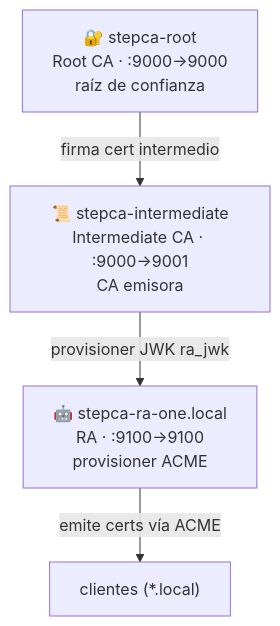
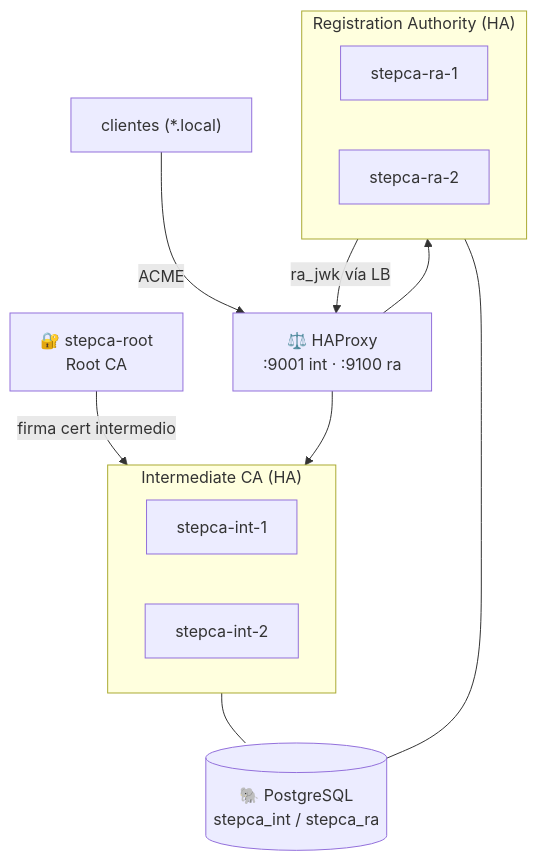
One commit to iriartmaxim/stepca-docker changed the diagram in README.md. Above: the diagram before and after it, drawn with Mermaid. The commit also changed other lines of this file and 14 other files, not shown here.

````diff
--- a/README.md
+++ b/README.md
@@ -6,9 +8,19 @@
 ```mermaid
 flowchart TD
-    R["🔐 stepca-root<br/>Root CA · :9000→9000<br/>raíz de confianza"]
-    I["📜 stepca-intermediate<br/>Intermediate CA · :9000→9001<br/>CA emisora"]
-    A["🤖 stepca-ra-one.local<br/>RA · :9100→9100<br/>provisioner ACME"]
-    R -- "firma cert intermedio" --> I
-    I -- "provisioner JWK ra_jwk" --> A
-    A -- "emite certs vía ACME" --> C["clientes (*.local)"]
+    R["🔐 stepca-root<br/>Root CA"]
+    subgraph INT["Intermediate CA (HA)"]
+      I1["stepca-int-1"]; I2["stepca-int-2"]
+    end
+    subgraph RAS["Registration Authority (HA)"]
+      A1["stepca-ra-1"]; A2["stepca-ra-2"]
+    end
+    LB["⚖️ HAProxy<br/>:9001 int · :9100 ra"]
+    PG[("🐘 PostgreSQL<br/>stepca_int / stepca_ra")]
+    R -- "firma cert intermedio" --> INT
+    LB --> INT
+    LB --> RAS
+    RAS -- "ra_jwk vía LB" --> LB
+    INT --- PG
+    RAS --- PG
+    C["clientes (*.local)"] -- "ACME" --> LB
 ```
````
